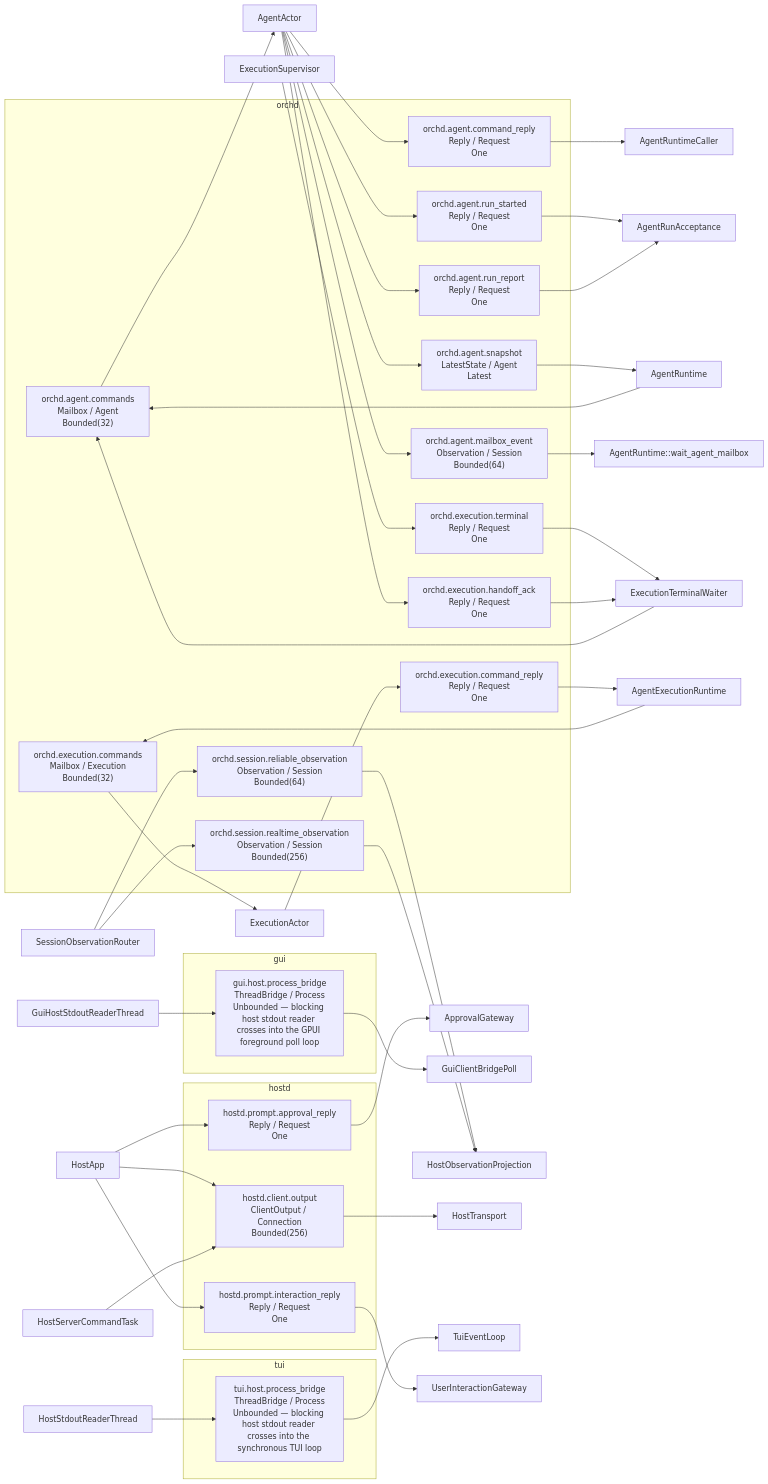
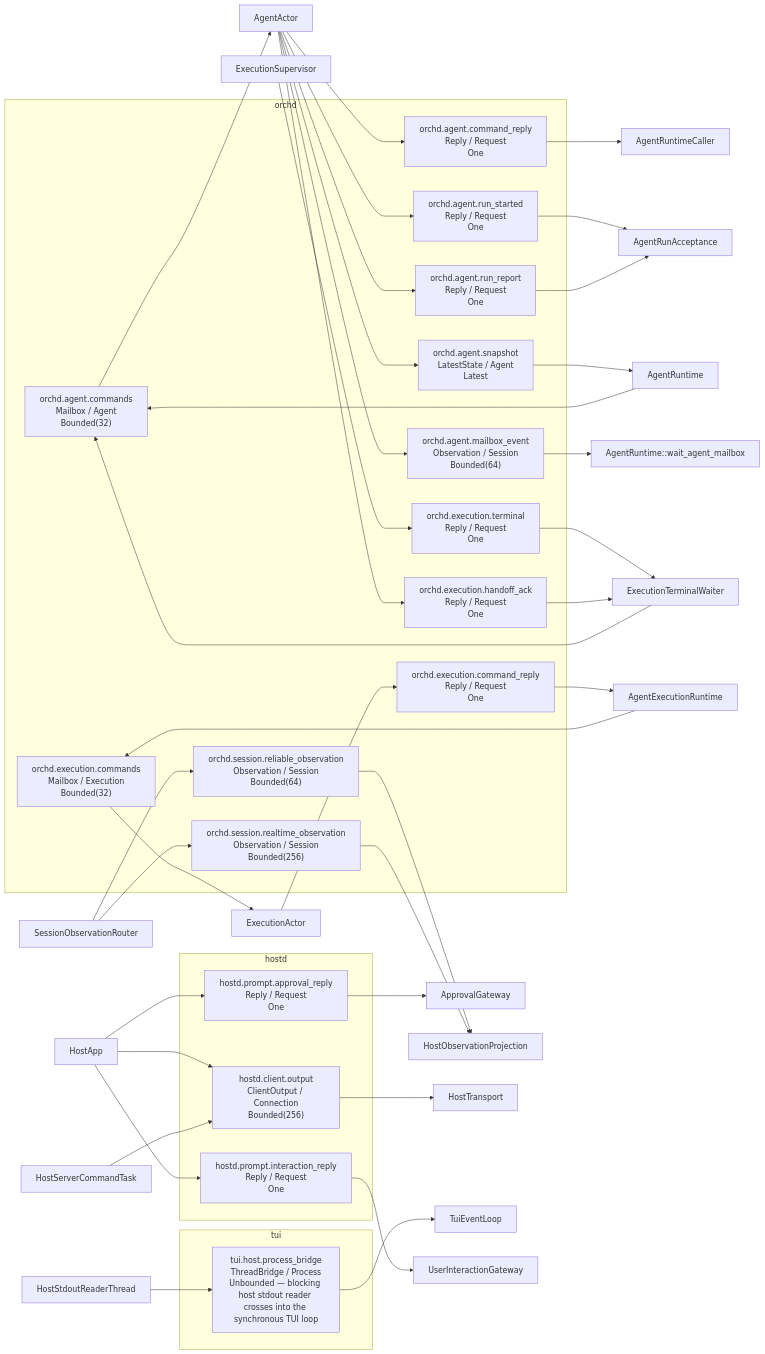
Before and after one commit to biuld/piko: the diagram in docs/generated/communication-topology.md, drawn with Mermaid. The commit also changed 197 other files, not shown here.

Commit message:
refactor: remove gui client

````diff
--- a/docs/generated/communication-topology.md
+++ b/docs/generated/communication-topology.md
@@ -5,8 +5,5 @@
 ```mermaid
 flowchart LR
-    subgraph gui["gui"]
-        ngui_host_process_bridge["gui.host.process_bridge<br/>ThreadBridge / Process<br/>Unbounded — blocking host stdout reader crosses into the GPUI foreground poll loop"]
-    end
     subgraph hostd["hostd"]
         nhostd_prompt_approval_reply["hostd.prompt.approval_reply<br/>Reply / Request<br/>One"]
         nhostd_prompt_interaction_reply["hostd.prompt.interaction_reply<br/>Reply / Request<br/>One"]
@@ -39,8 +36,6 @@
     ncomponent_ExecutionActor["ExecutionActor"]
     ncomponent_ExecutionSupervisor["ExecutionSupervisor"]
     ncomponent_ExecutionTerminalWaiter["ExecutionTerminalWaiter"]
-    ncomponent_GuiClientBridgePoll["GuiClientBridgePoll"]
-    ncomponent_GuiHostStdoutReaderThread["GuiHostStdoutReaderThread"]
     ncomponent_HostApp["HostApp"]
     ncomponent_HostObservationProjection["HostObservationProjection"]
     ncomponent_HostServerCommandTask["HostServerCommandTask"]
@@ -80,8 +75,6 @@
     nhostd_prompt_interaction_reply --> ncomponent_UserInteractionGateway
     ncomponent_HostStdoutReaderThread --> ntui_host_process_bridge
     ntui_host_process_bridge --> ncomponent_TuiEventLoop
-    ncomponent_GuiHostStdoutReaderThread --> ngui_host_process_bridge
-    ngui_host_process_bridge --> ncomponent_GuiClientBridgePoll
     ncomponent_HostApp --> nhostd_client_output
     ncomponent_HostServerCommandTask --> nhostd_client_output
     nhostd_client_output --> ncomponent_HostTransport
````
